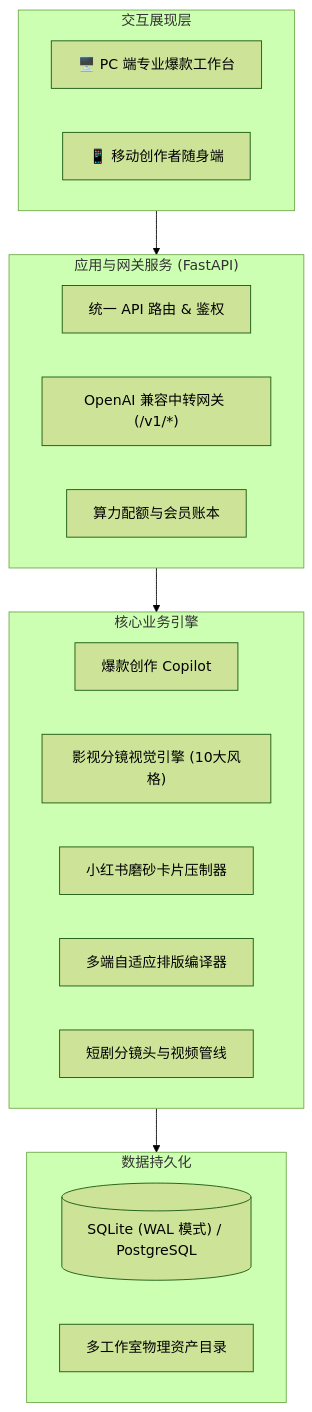
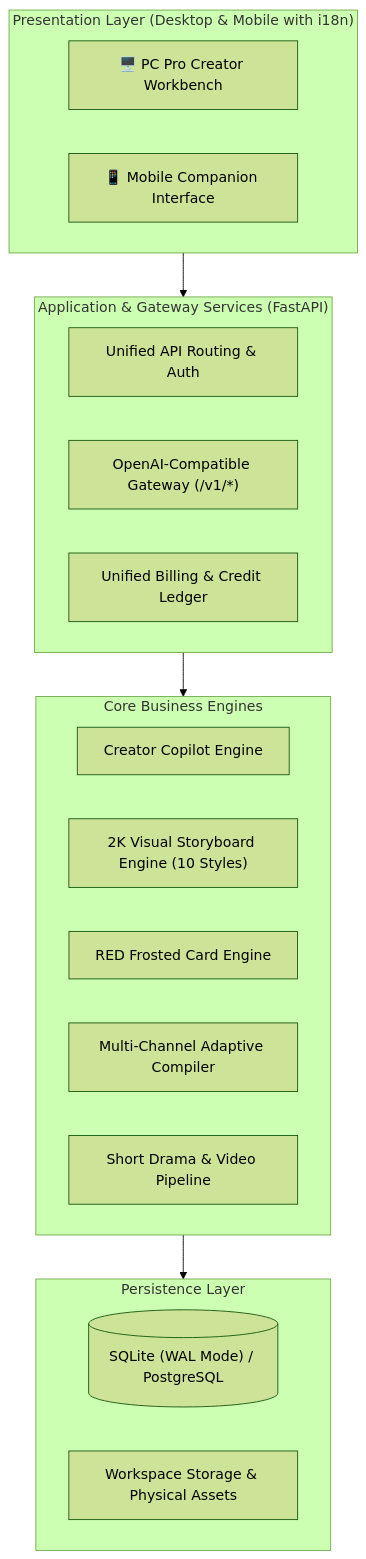
The diagram in README.md (yimuhub/yimu-baokuanstudio), drawn with Mermaid (forest theme) before and after one commit. The commit also changed other lines of this file and 15 other files, not shown here.

````diff
--- a/README.md
+++ b/README.md
@@ -87,30 +102,30 @@
 ```mermaid
 flowchart TD
-    subgraph UI["交互展现层"]
-        WebPC["🖥️ PC 端专业爆款工作台"]
-        WebMobile["📱 移动创作者随身端"]
+    subgraph UI["Presentation Layer (Desktop & Mobile with i18n)"]
+        WebPC["🖥️ PC Pro Creator Workbench"]
+        WebMobile["📱 Mobile Companion Interface"]
     end
 
-    subgraph Service["应用与网关服务 (FastAPI)"]
-        Router["统一 API 路由 & 鉴权"]
-        GWRouter["OpenAI 兼容中转网关 (/v1/*)"]
-        Quota["算力配额与会员账本"]
+    subgraph Service["Application & Gateway Services (FastAPI)"]
+        Router["Unified API Routing & Auth"]
+        GWRouter["OpenAI-Compatible Gateway (/v1/*)"]
+        Quota["Unified Billing & Credit Ledger"]
     end
 
-    subgraph Core["核心业务引擎"]
-        CopilotCore["爆款创作 Copilot"]
-        VisualCore["影视分镜视觉引擎 (10大风格)"]
-        CardCore["小红书磨砂卡片压制器"]
-        LayoutCore["多端自适应排版编译器"]
-        VideoCore["短剧分镜头与视频管线"]
+    subgraph Core["Core Business Engines"]
+        CopilotCore["Creator Copilot Engine"]
+        VisualCore["2K Visual Storyboard Engine (10 Styles)"]
+        CardCore["RED Frosted Card Engine"]
+        LayoutCore["Multi-Channel Adaptive Compiler"]
+        VideoCore["Short Drama & Video Pipeline"]
     end
 
-    subgraph Storage["数据持久化"]
-        DB[("SQLite (WAL 模式) / PostgreSQL")]
-        WorkspaceDir["多工作室物理资产目录"]
+    subgraph Storage["Persistence Layer"]
+        DB[("SQLite (WAL Mode) / PostgreSQL")]
+        WorkspaceDir["Workspace Storage & Physical Assets"]
     end
 
     UI --> Service
     Service --> Core
     Core --> Storage
 ```
````
